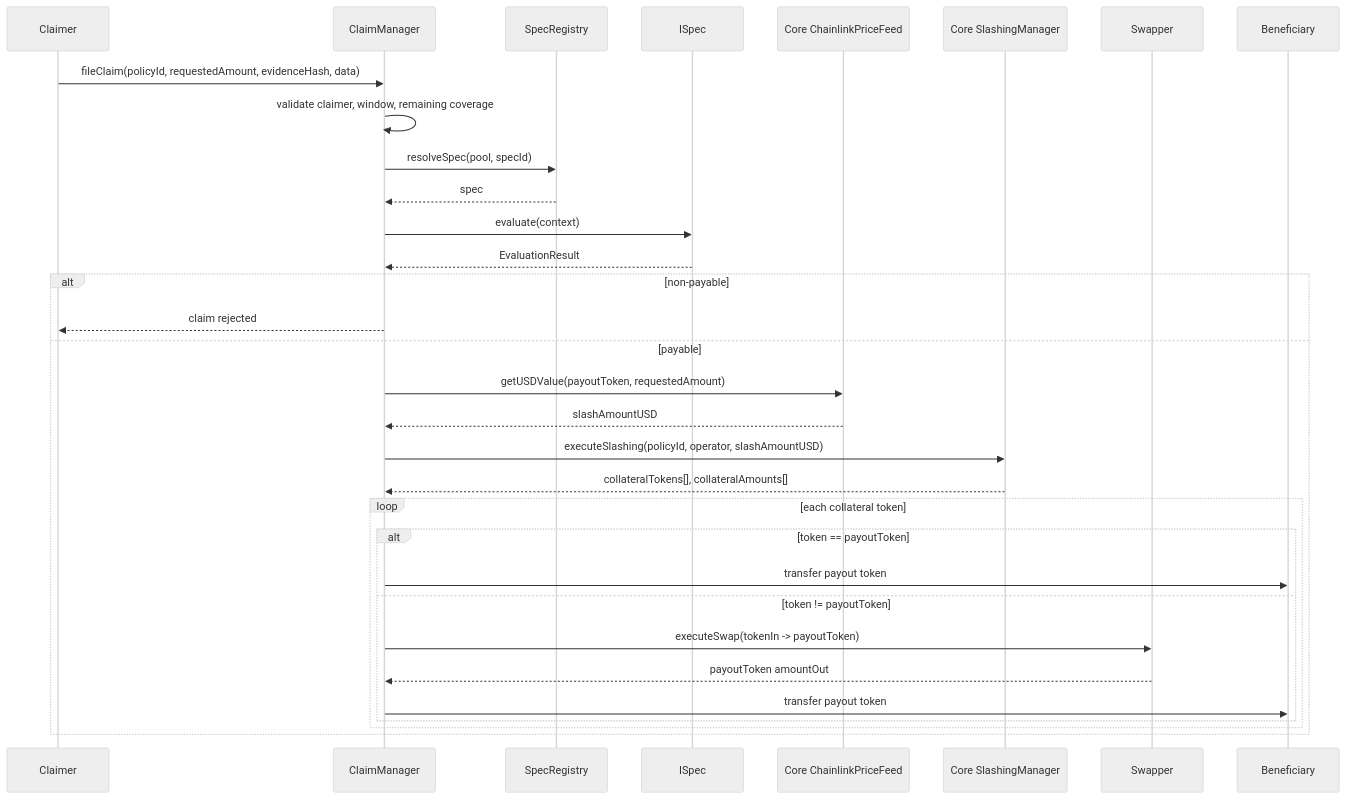
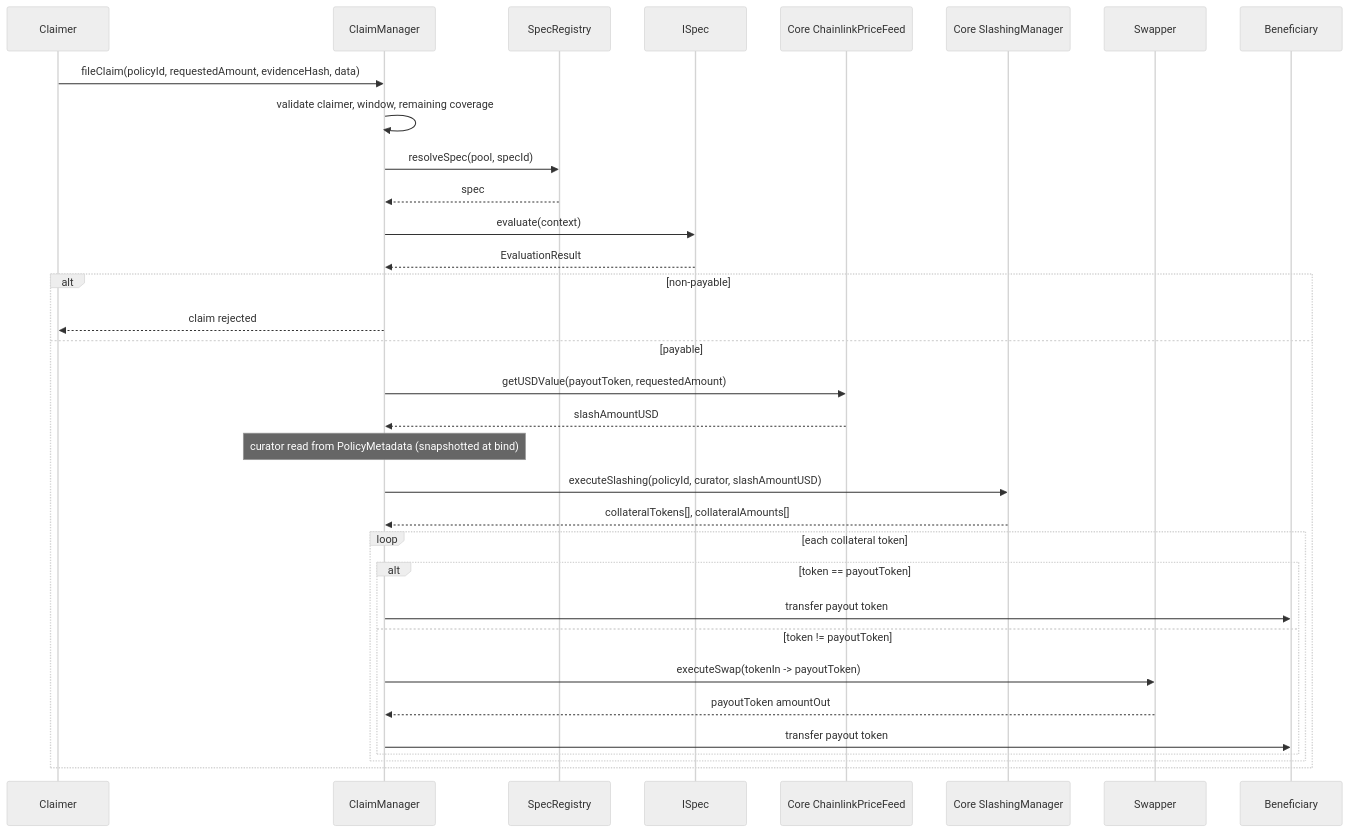
The third of 5 diagrams in docs/architecture/06-premiums-claims.md (0xcatalysis/coverage), drawn with Mermaid (neutral theme) before and after one commit. The commit also changed other lines of this file and 1 other file, not shown here.

Commit message:
doc: update architecture documentation

````diff
--- a/docs/architecture/06-premiums-claims.md
+++ b/docs/architecture/06-premiums-claims.md
@@ -108,36 +109,37 @@
 ```mermaid
 sequenceDiagram
     participant Claimer
     participant CM as ClaimManager
     participant SR as SpecRegistry
     participant Spec as ISpec
     participant PF as Core ChainlinkPriceFeed
     participant SLM as Core SlashingManager
     participant SW as Swapper
     participant Beneficiary
 
     Claimer->>CM: fileClaim(policyId, requestedAmount, evidenceHash, data)
     CM->>CM: validate claimer, window, remaining coverage
     CM->>SR: resolveSpec(pool, specId)
     SR-->>CM: spec
     CM->>Spec: evaluate(context)
     Spec-->>CM: EvaluationResult
 
     alt non-payable
         CM-->>Claimer: claim rejected
     else payable
         CM->>PF: getUSDValue(payoutToken, requestedAmount)
         PF-->>CM: slashAmountUSD
-        CM->>SLM: executeSlashing(policyId, operator, slashAmountUSD)
+        Note over CM: curator read from PolicyMetadata (snapshotted at bind)
+        CM->>SLM: executeSlashing(policyId, curator, slashAmountUSD)
         SLM-->>CM: collateralTokens[], collateralAmounts[]
         loop each collateral token
             alt token == payoutToken
                 CM->>Beneficiary: transfer payout token
             else token != payoutToken
                 CM->>SW: executeSwap(tokenIn -> payoutToken)
                 SW-->>CM: payoutToken amountOut
                 CM->>Beneficiary: transfer payout token
             end
         end
     end
 ```
````
